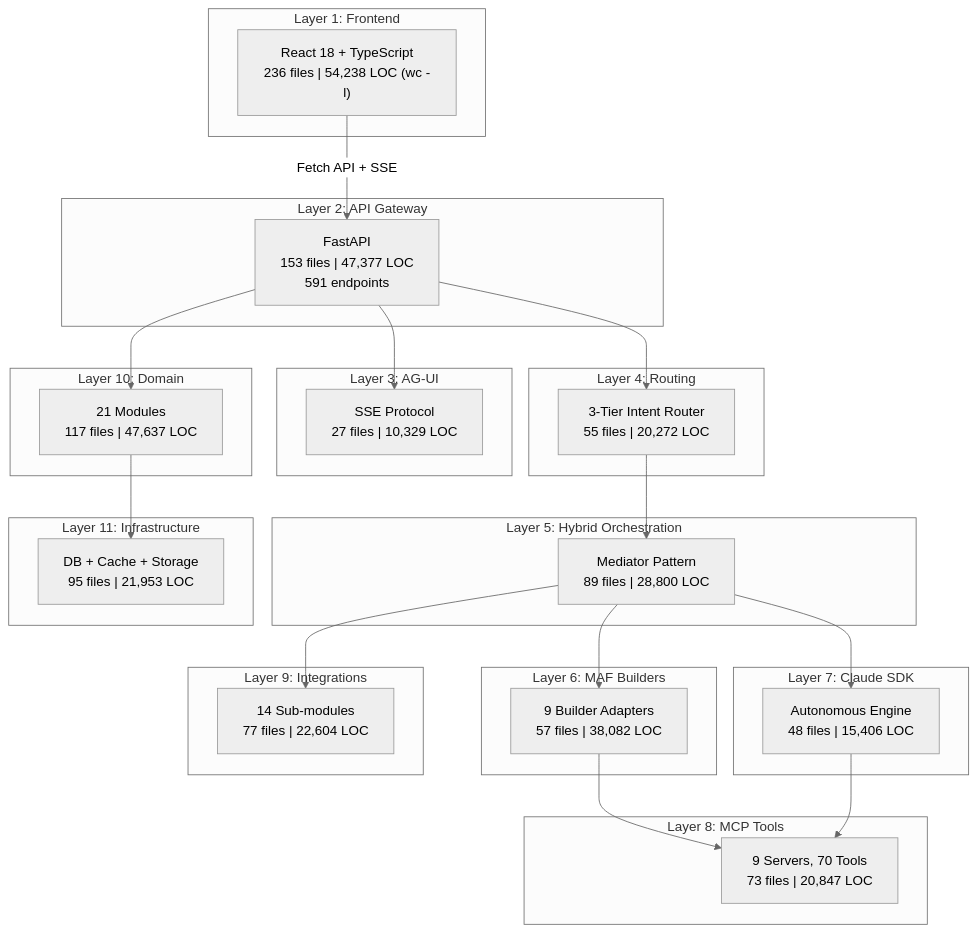
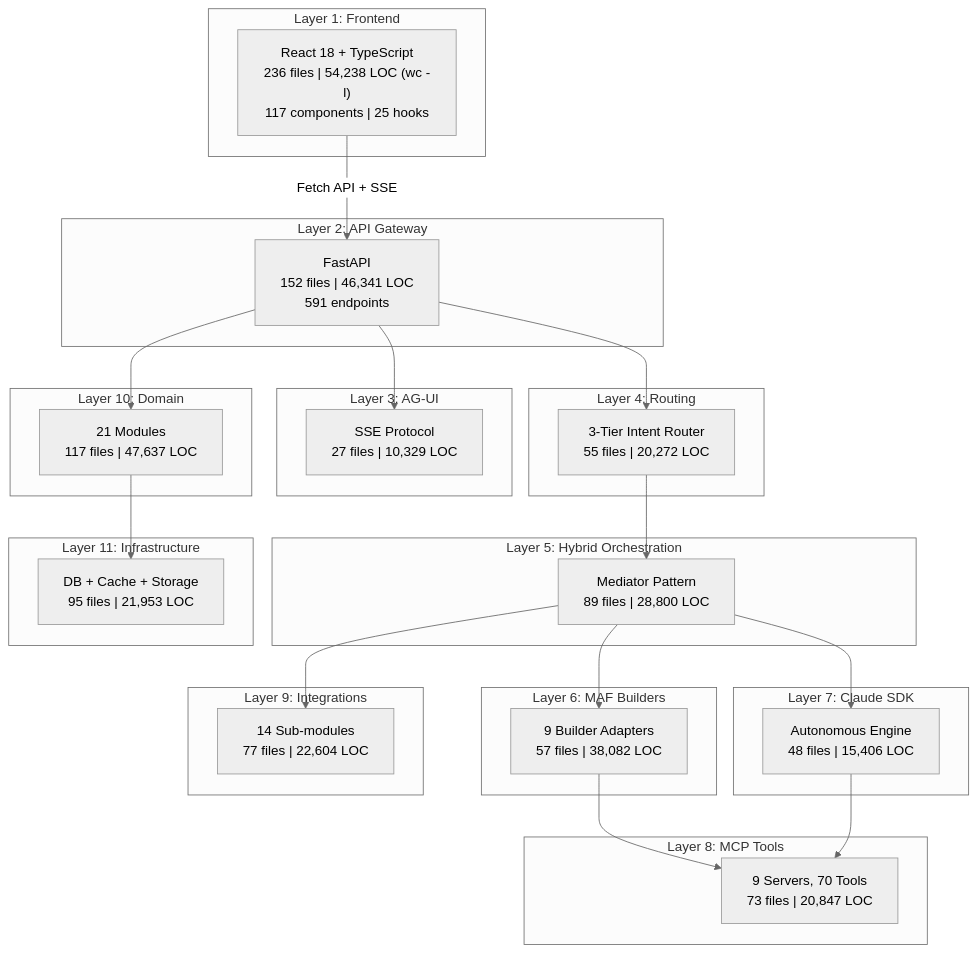
One commit to laitim2001/ai-semantic-kernel-framework-project changed the diagram in docs/07-analysis/V9/00-stats.md. Above: the diagram before and after it, drawn with Mermaid (neutral theme). The commit also changed other lines of this file and 7 other files, not shown here.

````diff
--- a/docs/07-analysis/V9/00-stats.md
+++ b/docs/07-analysis/V9/00-stats.md
@@ -21,48 +21,48 @@
 ```mermaid
 graph TB
     subgraph "Layer 1: Frontend"
-        FE["React 18 + TypeScript<br/>236 files | 54,238 LOC (wc -l)"]
+        FE["React 18 + TypeScript<br/>236 files | 54,238 LOC (wc -l)<br/>117 components | 25 hooks"]
     end
     subgraph "Layer 2: API Gateway"
-        API["FastAPI<br/>153 files | 47,377 LOC<br/>591 endpoints"]
+        API["FastAPI<br/>152 files | 46,341 LOC<br/>591 endpoints"]
     end
     subgraph "Layer 3: AG-UI"
         AGUI["SSE Protocol<br/>27 files | 10,329 LOC"]
     end
     subgraph "Layer 4: Routing"
         ROUTE["3-Tier Intent Router<br/>55 files | 20,272 LOC"]
     end
     subgraph "Layer 5: Hybrid Orchestration"
         HYBRID["Mediator Pattern<br/>89 files | 28,800 LOC"]
     end
     subgraph "Layer 6: MAF Builders"
         MAF["9 Builder Adapters<br/>57 files | 38,082 LOC"]
     end
     subgraph "Layer 7: Claude SDK"
         CLAUDE["Autonomous Engine<br/>48 files | 15,406 LOC"]
     end
     subgraph "Layer 8: MCP Tools"
         MCP["9 Servers, 70 Tools<br/>73 files | 20,847 LOC"]
     end
     subgraph "Layer 9: Integrations"
         INT["14 Sub-modules<br/>77 files | 22,604 LOC"]
     end
     subgraph "Layer 10: Domain"
         DOM["21 Modules<br/>117 files | 47,637 LOC"]
     end
     subgraph "Layer 11: Infrastructure"
         INFRA["DB + Cache + Storage<br/>95 files | 21,953 LOC"]
     end
 
     FE -->|"Fetch API + SSE"| API
     API --> AGUI
     API --> ROUTE
     ROUTE --> HYBRID
     HYBRID --> MAF
     HYBRID --> CLAUDE
     MAF --> MCP
     CLAUDE --> MCP
     HYBRID --> INT
     API --> DOM
     DOM --> INFRA
 ```
````
